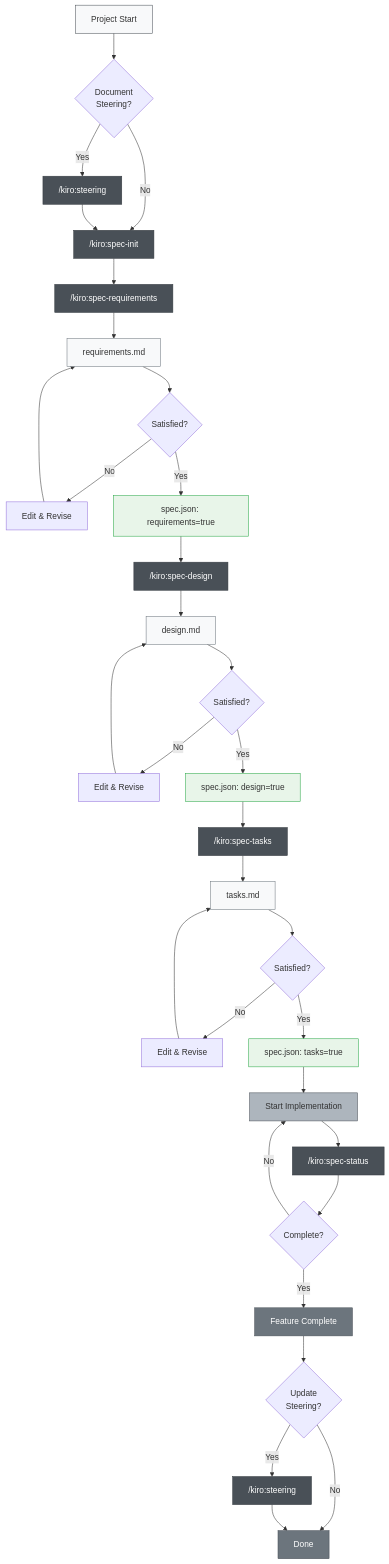
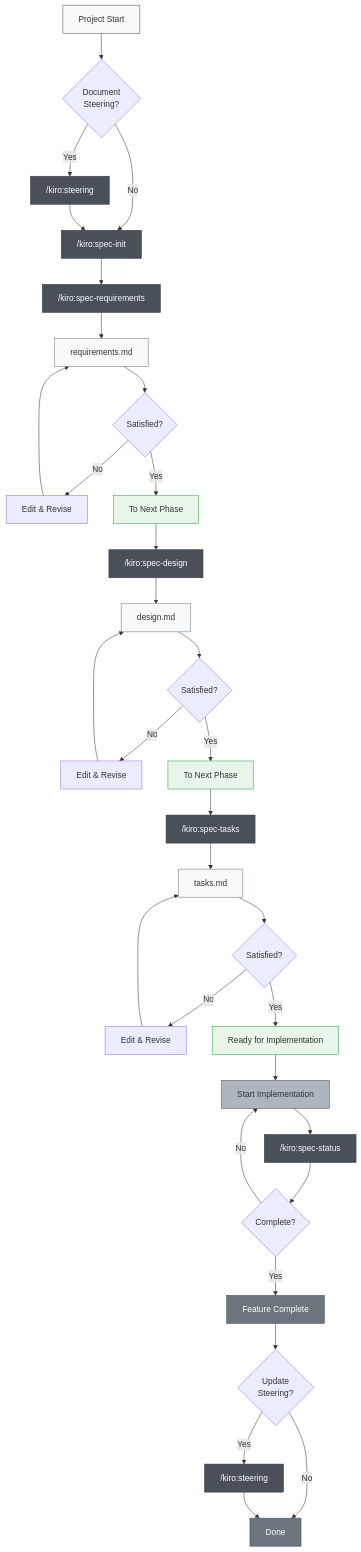
Before and after one commit to yi-john-huang/amazonq-spec: the first of 2 diagrams in README_en.md, drawn with Mermaid. The commit also changed other lines of this file and 15 other files, not shown here.

````diff
--- a/README_en.md
+++ b/README_en.md
@@ -125,58 +116,58 @@
 ```mermaid
 graph TD
     A["Project Start"] --> B{"Document<br/>Steering?"}
     B -->|Yes| C["/kiro:steering"]
     B -->|No| D["/kiro:spec-init"]
     C --> D
     
     D --> E["/kiro:spec-requirements"]
     E --> F["requirements.md"]
     F --> G{"Satisfied?"}
     G -->|No| G1["Edit & Revise"]
     G1 --> F
-    G -->|Yes| H["spec.json: requirements=true"]
+    G -->|Yes| H["To Next Phase"]
     
     H --> I["/kiro:spec-design"]
     I --> J["design.md"]
     J --> K{"Satisfied?"}
     K -->|No| K1["Edit & Revise"]
     K1 --> J
-    K -->|Yes| L["spec.json: design=true"]
+    K -->|Yes| L["To Next Phase"]
     
     L --> M["/kiro:spec-tasks"]
     M --> N["tasks.md"]
     N --> O{"Satisfied?"}
     O -->|No| O1["Edit & Revise"]
     O1 --> N
-    O -->|Yes| P["spec.json: tasks=true"]
+    O -->|Yes| P["Ready for Implementation"]
     
     P --> Q["Start Implementation"]
     Q --> R["/kiro:spec-status"]
     R --> S{"Complete?"}
     S -->|No| Q
     S -->|Yes| T["Feature Complete"]
     
     T --> U{"Update<br/>Steering?"}
     U -->|Yes| V["/kiro:steering"]
     U -->|No| W["Done"]
     V --> W
     
     %% Style definitions
     style A fill:#f8f9fa,stroke:#495057
     style C fill:#495057,stroke:#343a40,color:#ffffff
     style D fill:#495057,stroke:#343a40,color:#ffffff
     style E fill:#495057,stroke:#343a40,color:#ffffff
     style I fill:#495057,stroke:#343a40,color:#ffffff
     style M fill:#495057,stroke:#343a40,color:#ffffff
     style R fill:#495057,stroke:#343a40,color:#ffffff
     style V fill:#495057,stroke:#343a40,color:#ffffff
     style F fill:#f8f9fa,stroke:#6c757d
     style J fill:#f8f9fa,stroke:#6c757d
     style N fill:#f8f9fa,stroke:#6c757d
     style H fill:#e8f5e9,stroke:#28a745
     style L fill:#e8f5e9,stroke:#28a745
     style P fill:#e8f5e9,stroke:#28a745
     style Q fill:#adb5bd,stroke:#495057
     style T fill:#6c757d,stroke:#495057,color:#ffffff
     style W fill:#6c757d,stroke:#495057,color:#ffffff
 ```
````
